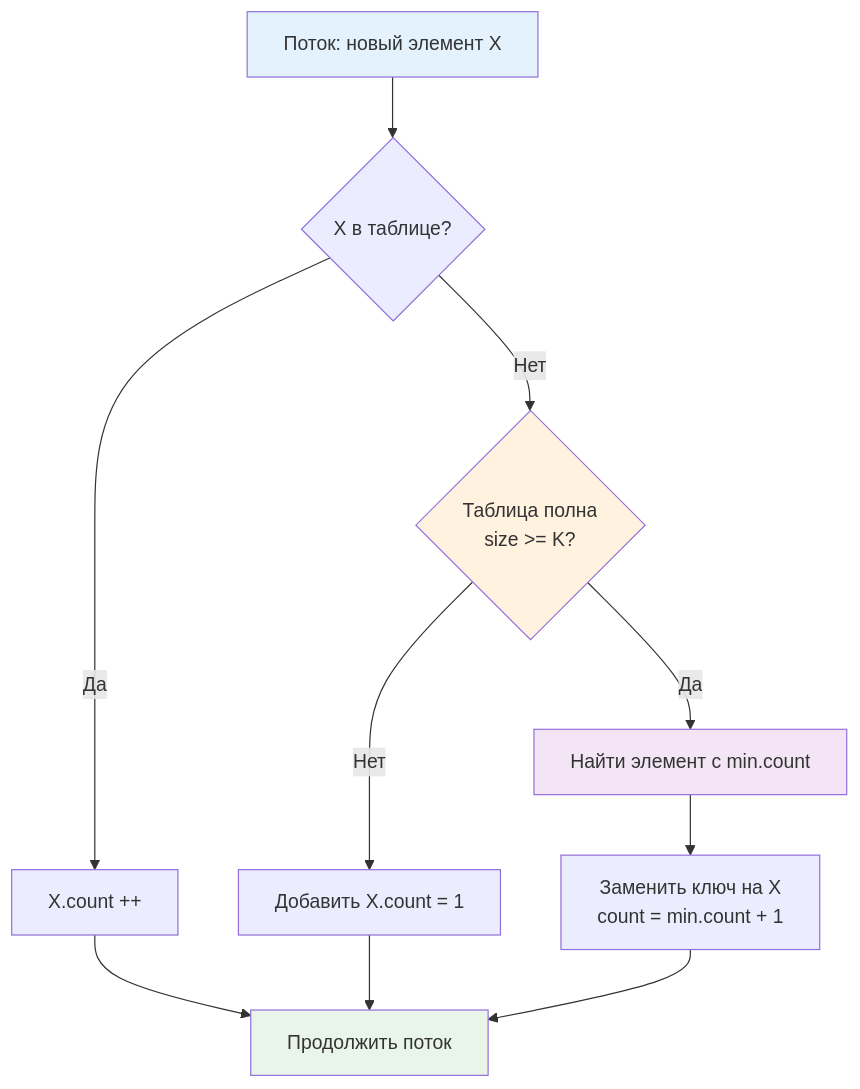
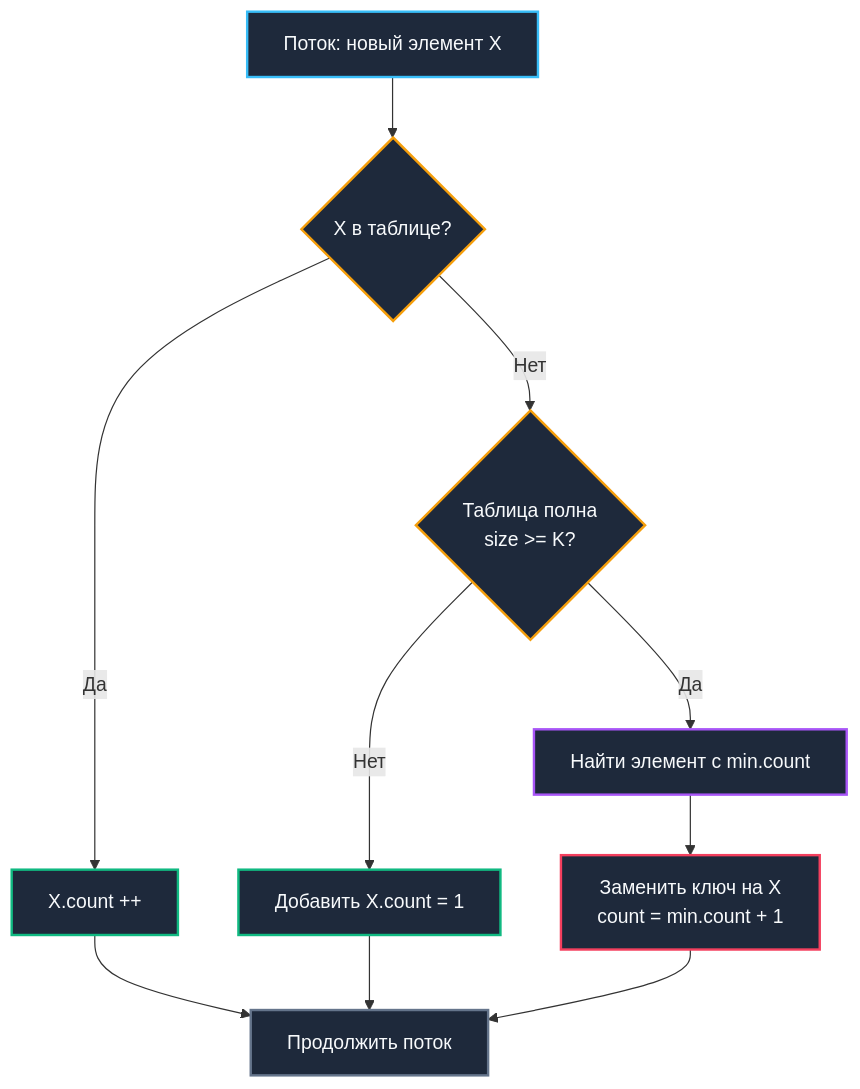
The first of 2 diagrams in sources/20. Алгоритмы и структуры данных (DSA) на Go/14. Практические паттерны/4. Top K heavy hitters.md (UnrealTemplier/go-textbook), drawn with Mermaid before and after one commit. The commit also changed other lines of this file, not shown here.

````diff
--- a/sources/20. Алгоритмы и структуры данных (DSA) на Go/14. Практические паттерны/4. Top K heavy hitters.md
+++ b/sources/20. Алгоритмы и структуры данных (DSA) на Go/14. Практические паттерны/4. Top K heavy hitters.md
@@ -32,18 +39,22 @@
 ```mermaid
 flowchart TD
     Start["Поток: новый элемент X"] --> InTable{"X в таблице?"}
     InTable -->|Да| Inc["X.count ++"]
-    InTable -->|Нет| Full{"Таблица полна<br>size >= K?"}
+    InTable -->|Нет| Full{"Таблица полна<br/>size >= K?"}
     Full -->|Нет| Add["Добавить X.count = 1"]
     Full -->|Да| FindMin["Найти элемент с min.count"]
-    FindMin --> Replace["Заменить ключ на X<br>count = min.count + 1"]
+    FindMin --> Replace["Заменить ключ на X<br/>count = min.count + 1"]
     
     Inc --> End["Продолжить поток"]
     Add --> End
     Replace --> End
 
-    style Start fill:#e3f2fd
-    style Full fill:#fff3e0
-    style FindMin fill:#f3e5f5
-    style End fill:#e8f5e8
+    style Start fill:#1e293b,stroke:#38bdf8,stroke-width:2px,color:#f8fafc
+    style InTable fill:#1e293b,stroke:#f59e0b,stroke-width:2px,color:#f8fafc
+    style Full fill:#1e293b,stroke:#f59e0b,stroke-width:2px,color:#f8fafc
+    style Inc fill:#1e293b,stroke:#10b981,stroke-width:2px,color:#f8fafc
+    style Add fill:#1e293b,stroke:#10b981,stroke-width:2px,color:#f8fafc
+    style FindMin fill:#1e293b,stroke:#a855f7,stroke-width:2px,color:#f8fafc
+    style Replace fill:#1e293b,stroke:#f43f5e,stroke-width:2px,color:#f8fafc
+    style End fill:#1e293b,stroke:#64748b,stroke-width:2px,color:#f8fafc
 ```
````
